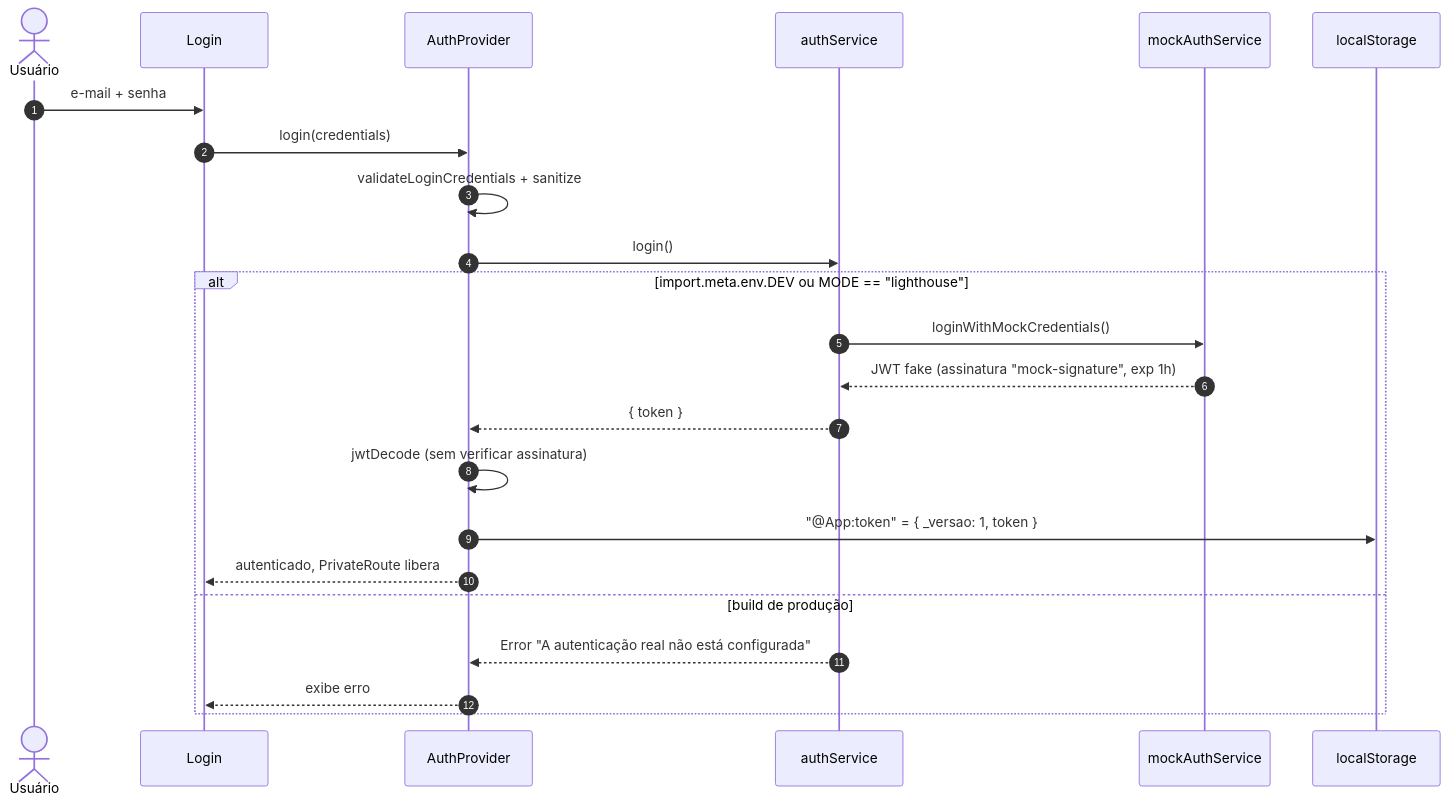
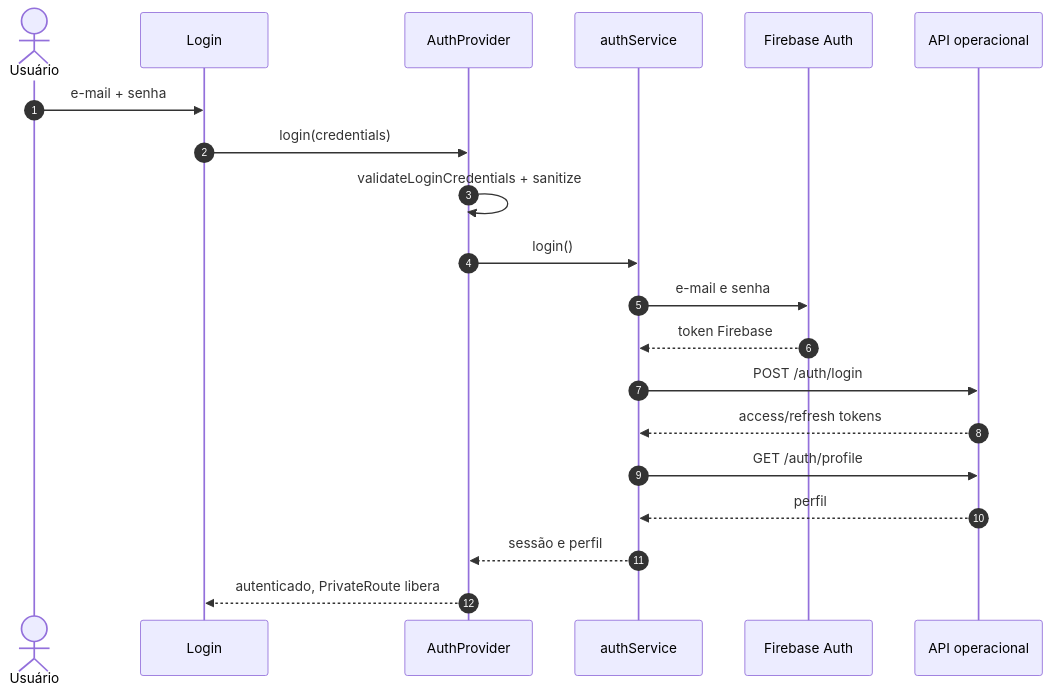
The third of 4 diagrams in README.md (Mottainai-One/Mottainai-Frontend), drawn with Mermaid before and after one commit. The commit also changed other lines of this file and 287 other files, not shown here.

````diff
--- a/README.md
+++ b/README.md
@@ -266,26 +253,23 @@
 ```mermaid
 sequenceDiagram
     autonumber
     actor U as Usuário
     participant L as Login
     participant AP as AuthProvider
     participant AS as authService
-    participant M as mockAuthService
-    participant LS as localStorage
+    participant FB as Firebase Auth
+    participant API as API operacional
 
     U->>L: e-mail + senha
     L->>AP: login(credentials)
     AP->>AP: validateLoginCredentials + sanitize
     AP->>AS: login()
-    alt import.meta.env.DEV ou MODE == "lighthouse"
-        AS->>M: loginWithMockCredentials()
-        M-->>AS: JWT fake (assinatura "mock-signature", exp 1h)
-        AS-->>AP: { token }
-        AP->>AP: jwtDecode (sem verificar assinatura)
-        AP->>LS: "@App:token" = { _versao: 1, token }
-        AP-->>L: autenticado, PrivateRoute libera
-    else build de produção
-        AS-->>AP: Error "A autenticação real não está configurada"
-        AP-->>L: exibe erro
-    end
+    AS->>FB: e-mail e senha
+    FB-->>AS: token Firebase
+    AS->>API: POST /auth/login
+    API-->>AS: access/refresh tokens
+    AS->>API: GET /auth/profile
+    API-->>AS: perfil
+    AS-->>AP: sessão e perfil
+    AP-->>L: autenticado, PrivateRoute libera
 ```
````
